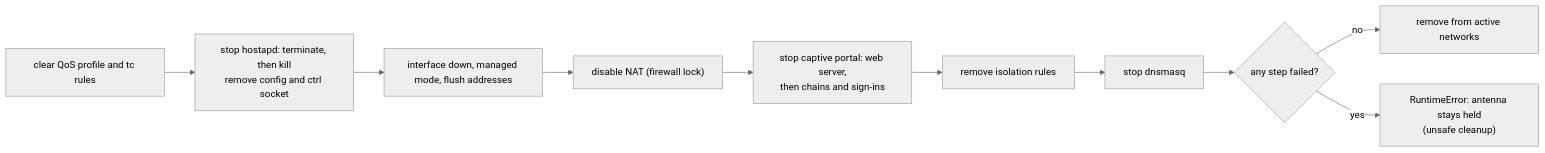
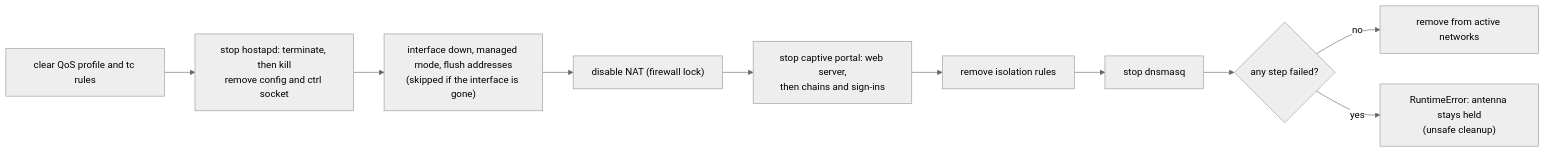
Before and after one commit to caporalesimone/wi-lab: the eighth of 14 diagrams in docs/architecture.md, drawn with Mermaid (neutral theme). The commit also changed other lines of this file and 14 other files, not shown here.

````diff
--- a/docs/architecture.md
+++ b/docs/architecture.md
@@ -430,12 +434,12 @@
 ```mermaid
 flowchart LR
     A["clear QoS profile and tc rules"] --> B["stop hostapd: terminate, then kill<br/>remove config and ctrl socket"]
-    B --> C["interface down, managed mode, flush addresses"]
+    B --> C["interface down, managed mode, flush addresses<br/>(skipped if the interface is gone)"]
     C --> D["disable NAT (firewall lock)"]
     D --> CPS["stop captive portal: web server,<br/>then chains and sign-ins"]
     CPS --> E["remove isolation rules"]
     E --> F["stop dnsmasq"]
     F --> G{"any step failed?"}
     G -->|no| H["remove from active networks"]
     G -->|yes| I["RuntimeError: antenna stays held<br/>(unsafe cleanup)"]
 ```
````
